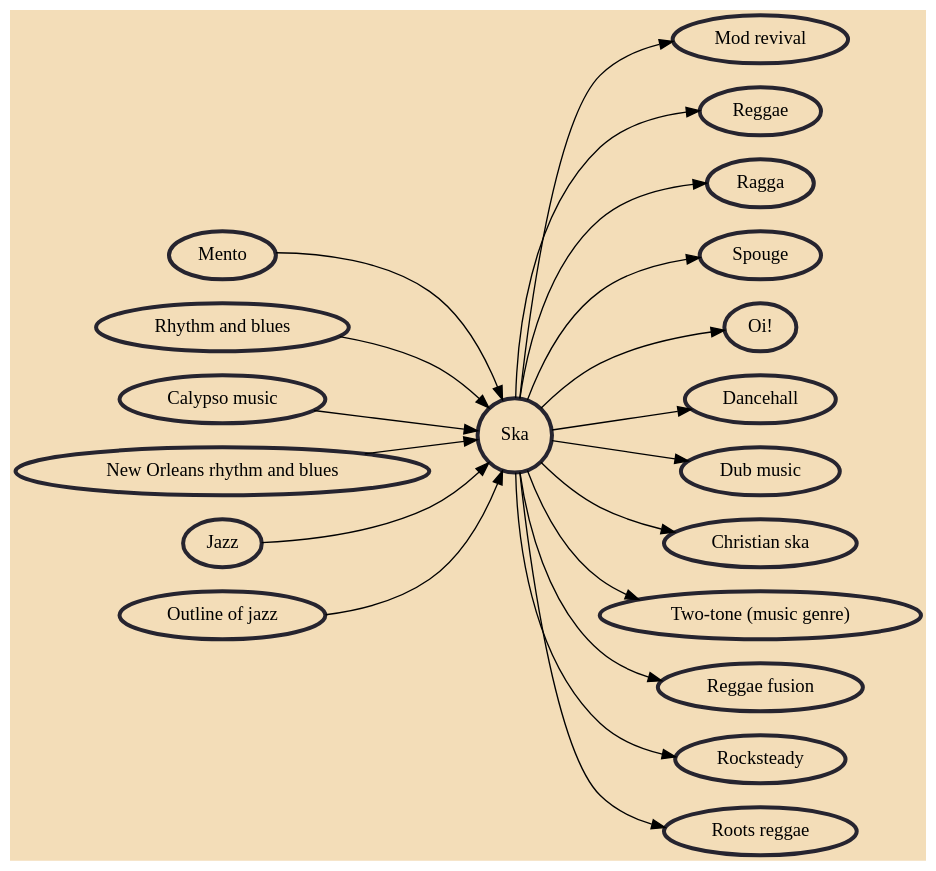
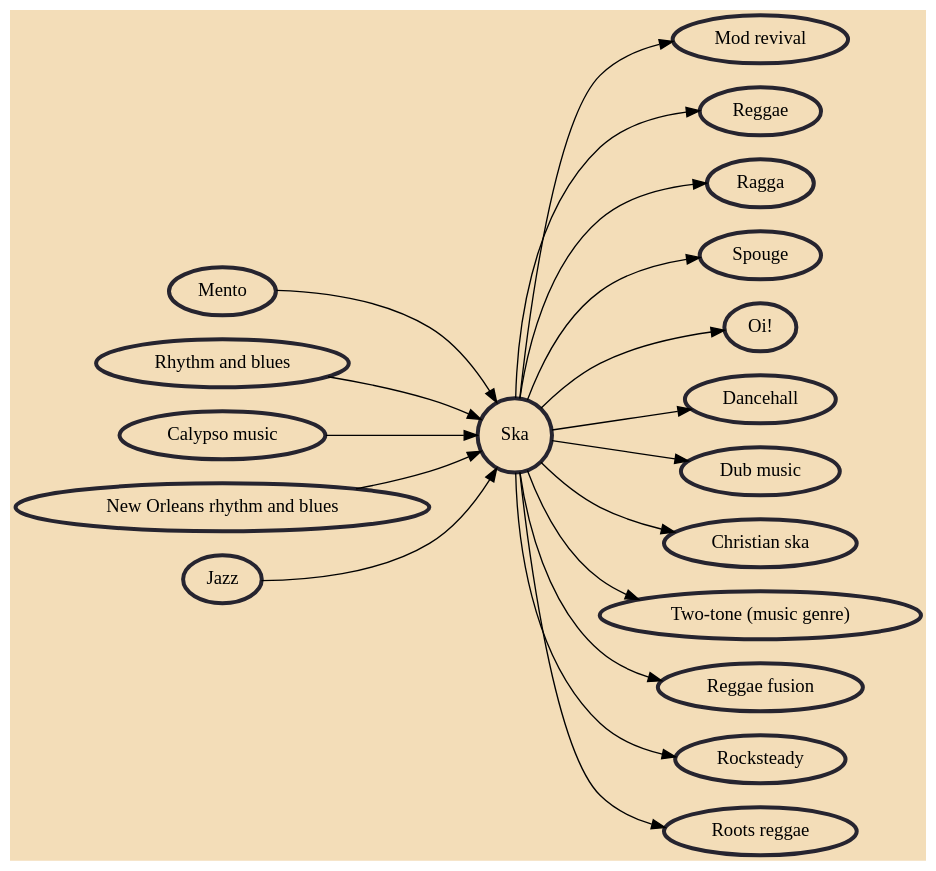
The diagram in Music/Ska.md (avengerpenguin/musicgenres), drawn with Graphviz before and after one commit. The commit also changed other lines of this file and 9 other files, not shown here.

Commit message:
Remove anomaly with Outline of jazz page

````diff
--- a/Music/Ska.md
+++ b/Music/Ska.md
@@ -6,43 +6,41 @@
 ```dot
 digraph {
 	graph [bgcolor="#F3DDB8" rankdir=LR]
 	node [color="#26242F" penwidth=3.0]
 	Ska [shape=circle]
 	Mento [URL="/mento/"]
 	Mento -> Ska
 	"Rhythm and blues" [URL="/rhythm-and-blues/"]
 	"Rhythm and blues" -> Ska
 	"Calypso music" [URL="/calypso-music/"]
 	"Calypso music" -> Ska
 	"New Orleans rhythm and blues" [URL="/new-orleans-rhythm-and-blues/"]
 	"New Orleans rhythm and blues" -> Ska
 	Jazz [URL="/jazz/"]
 	Jazz -> Ska
-	"Outline of jazz" [URL="/outline-of-jazz/"]
-	"Outline of jazz" -> Ska
 	"Mod revival" [URL="/mod-revival/"]
 	Ska -> "Mod revival"
 	Reggae [URL="/reggae/"]
 	Ska -> Reggae
 	Ragga [URL="/ragga/"]
 	Ska -> Ragga
 	Spouge [URL="/spouge/"]
 	Ska -> Spouge
 	"Oi!" [URL="/oi/"]
 	Ska -> "Oi!"
 	Dancehall [URL="/dancehall/"]
 	Ska -> Dancehall
 	"Dub music" [URL="/dub-music/"]
 	Ska -> "Dub music"
 	"Christian ska" [URL="/christian-ska/"]
 	Ska -> "Christian ska"
 	"Two-tone (music genre)" [URL="/two-tone-music-genre/"]
 	Ska -> "Two-tone (music genre)"
 	"Reggae fusion" [URL="/reggae-fusion/"]
 	Ska -> "Reggae fusion"
 	Rocksteady [URL="/rocksteady/"]
 	Ska -> Rocksteady
 	"Roots reggae" [URL="/roots-reggae/"]
 	Ska -> "Roots reggae"
 }
 ```
````
